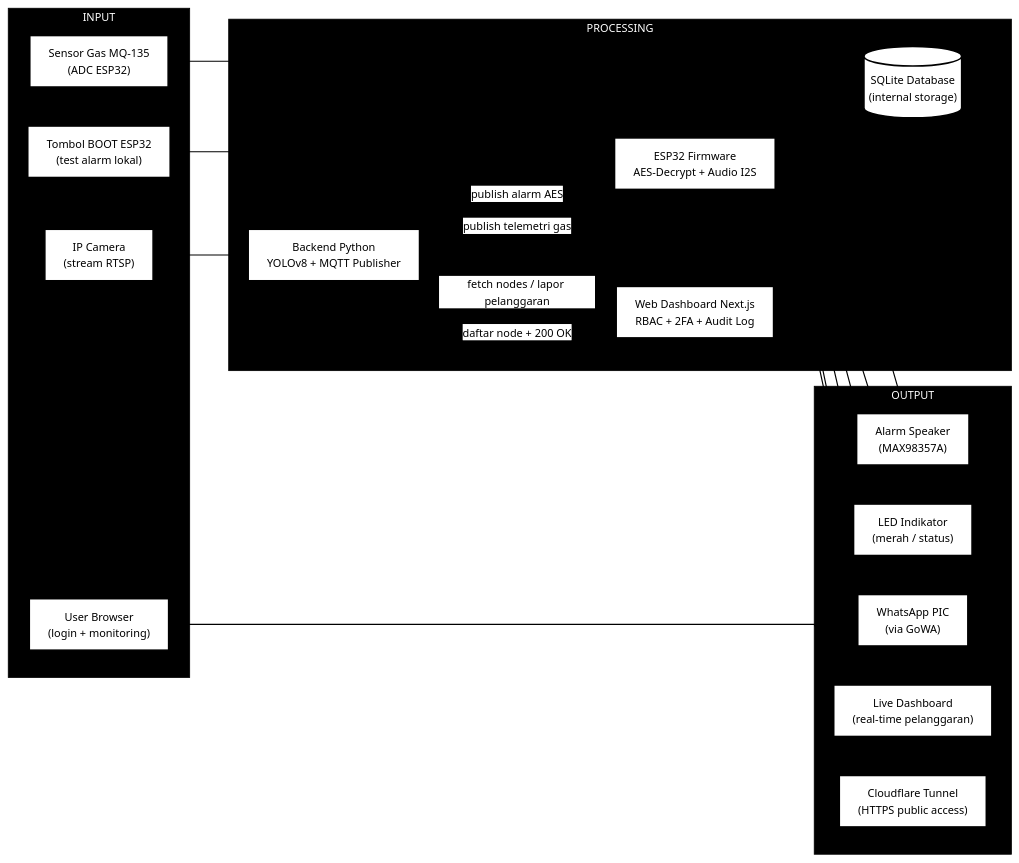
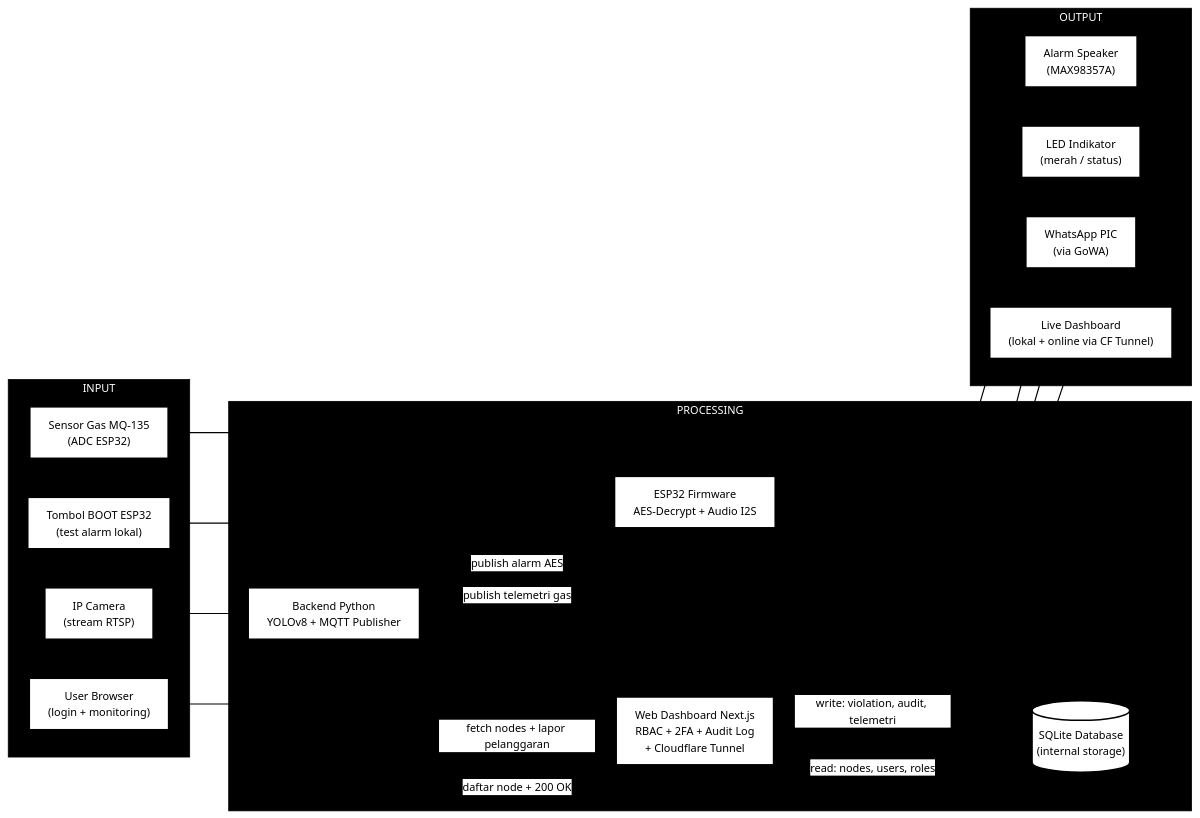
One commit to sitaurs/pbl-ppe changed the first of 4 diagrams in docs/BLOCK-DIAGRAM.md. Above: the diagram before and after it, drawn with Mermaid.

Commit message:
docs(diagram): fix SQLite bidirectional arrows + simplify output layer

````diff
--- a/docs/BLOCK-DIAGRAM.md
+++ b/docs/BLOCK-DIAGRAM.md
@@ -15,76 +15,75 @@
 ```mermaid
 %%{init: {
   'theme': 'base',
   'themeVariables': {
     'background': '#ffffff',
     'primaryColor': '#ffffff',
     'primaryTextColor': '#000000',
     'primaryBorderColor': '#000000',
     'lineColor': '#000000',
     'secondaryColor': '#ffffff',
     'tertiaryColor': '#ffffff',
     'clusterBkg': '#ffffff',
     'clusterBorder': '#000000',
     'fontFamily': 'Inter, Arial, sans-serif',
     'fontSize': '14px'
   },
   'flowchart': { 'curve': 'linear', 'htmlLabels': true, 'padding': 12 }
 }}%%
 flowchart LR
 
     subgraph INPUT["INPUT"]
         IN1["IP Camera<br/>(stream RTSP)"]
         IN2["Sensor Gas MQ-135<br/>(ADC ESP32)"]
         IN3["User Browser<br/>(login + monitoring)"]
         IN4["Tombol BOOT ESP32<br/>(test alarm lokal)"]
     end
 
     subgraph PROCESSING["PROCESSING"]
         P1["Backend Python<br/>YOLOv8 + MQTT Publisher"]
-        P2["Web Dashboard Next.js<br/>RBAC + 2FA + Audit Log"]
+        P2["Web Dashboard Next.js<br/>RBAC + 2FA + Audit Log<br/>+ Cloudflare Tunnel"]
         P3["ESP32 Firmware<br/>AES-Decrypt + Audio I2S"]
         P4[("SQLite Database<br/>(internal storage)")]
     end
 
     subgraph OUTPUT["OUTPUT"]
         O1["Alarm Speaker<br/>(MAX98357A)"]
         O2["LED Indikator<br/>(merah / status)"]
         O3["WhatsApp PIC<br/>(via GoWA)"]
-        O4["Live Dashboard<br/>(real-time pelanggaran)"]
-        O5["Cloudflare Tunnel<br/>(HTTPS public access)"]
+        O4["Live Dashboard<br/>(lokal + online via CF Tunnel)"]
     end
 
     %% Input -> Processing
     IN1 --> P1
     IN2 --> P3
-    IN3 --> O5
     IN4 --> P3
+    IN3 --> P2
 
-    %% Processing internal: Python <-> Dashboard (bidirectional)
-    P1 -->|fetch nodes / lapor pelanggaran| P2
+    %% Python <-> Dashboard (bidirectional HTTP)
+    P1 -->|fetch nodes + lapor pelanggaran| P2
     P2 -->|daftar node + 200 OK| P1
 
-    %% Dashboard <-> Database (bidirectional read/write)
-    P2 <--> P4
+    %% Dashboard <-> Database (bidirectional: write violation/audit, read data)
+    P2 -->|write: violation, audit, telemetri| P4
+    P4 -->|read: nodes, users, roles| P2
 
-    %% Python <-> ESP32 (publish alarm + telemetri gas via MQTT)
+    %% Python <-> ESP32 via MQTT
     P1 -->|publish alarm AES| P3
     P3 -->|publish telemetri gas| P1
 
     %% Processing -> Output
     P1 --> O3
     P3 --> O1
     P3 --> O2
     P2 --> O4
-    P2 --> O5
-    O5 --> P2
 
     classDef whiteBox fill:#ffffff,stroke:#000000,stroke-width:2px,color:#000000;
-    class IN1,IN2,IN3,IN4,P1,P2,P3,P4,O1,O2,O3,O4,O5 whiteBox;
+    class IN1,IN2,IN3,IN4,P1,P2,P3,O1,O2,O3,O4 whiteBox;
+    class P4 whiteBox;
 
     style INPUT fill:#000000,stroke:#000000,color:#ffffff
     style PROCESSING fill:#000000,stroke:#000000,color:#ffffff
     style OUTPUT fill:#000000,stroke:#000000,color:#ffffff
 
     linkStyle default stroke:#000000,stroke-width:1.5px;
 ```
````
